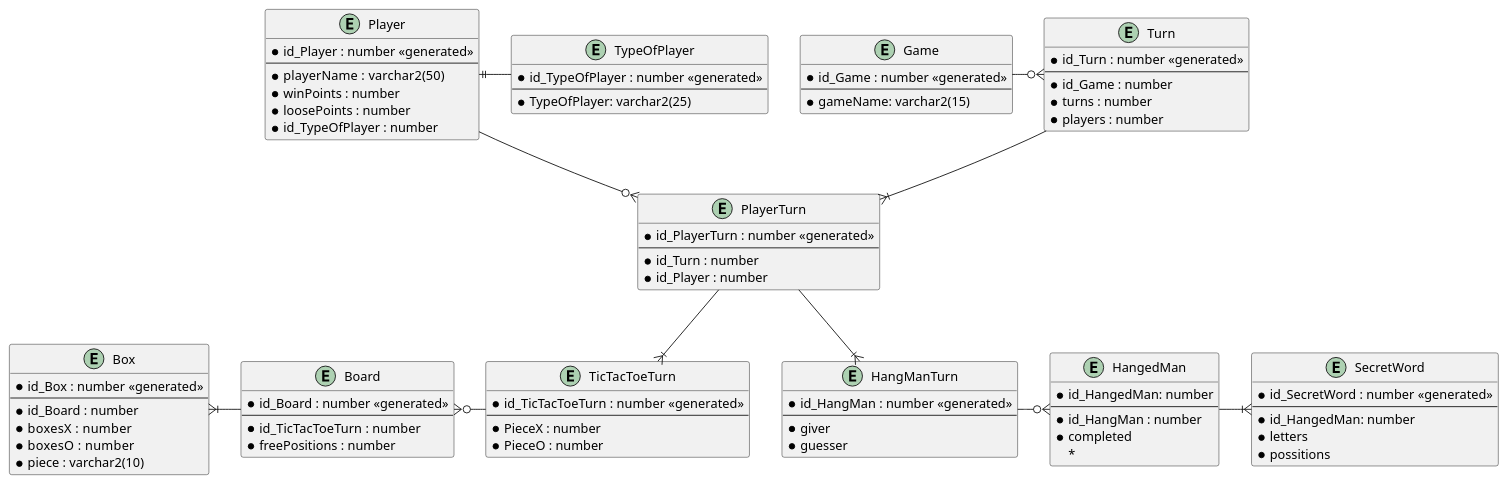
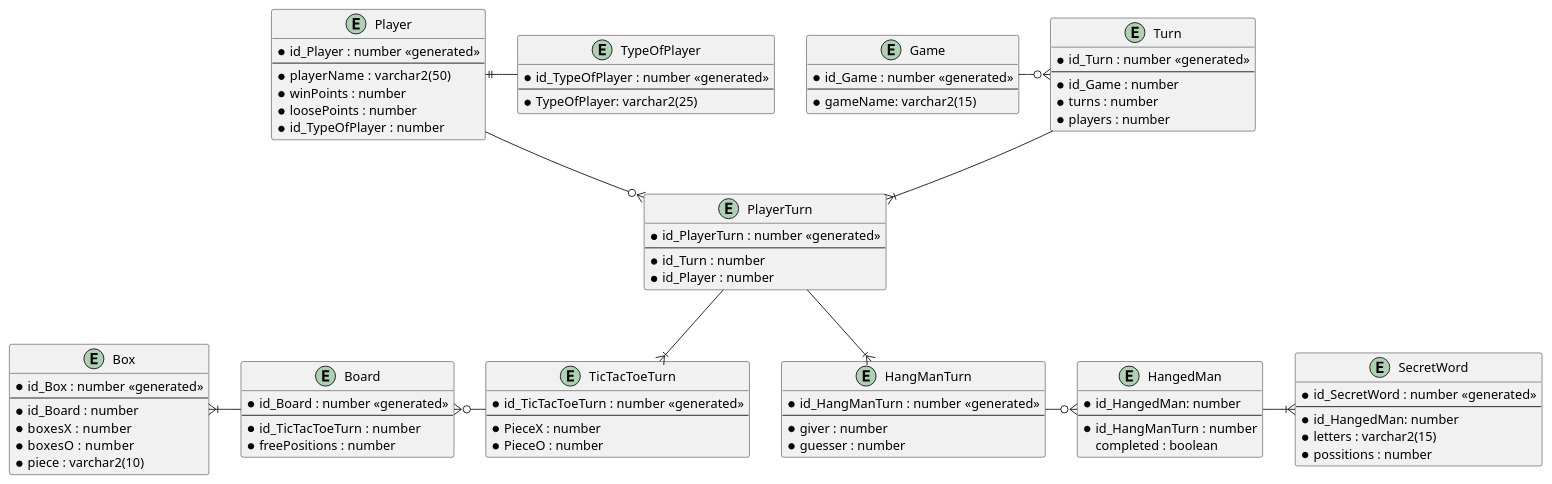
Before and after one commit to Gabs16TL/Second_Project_Peristence: the diagram in DataModel/LogicModel.wsd, drawn with PlantUML. The commit also changed 3 other files, not shown here.

```diff
--- a/DataModel/LogicModel.wsd
+++ b/DataModel/LogicModel.wsd
@@ -1,103 +1,102 @@
 @startuml VocabularyLogicModelMain
 
 entity Game
 {
     * id_Game : number <<generated>>
     --
     * gameName: varchar2(15)
 }
 entity Turn
 {
     * id_Turn : number <<generated>>
     --
     * id_Game : number
     * turns : number
     * players : number
 }
 entity PlayerTurn
 {
     * id_PlayerTurn : number <<generated>>
     --
     * id_Turn : number
     * id_Player : number
 }
 
 entity Player
 {
     * id_Player : number <<generated>>
     --
     * playerName :  varchar2(50)
     * winPoints : number
     * loosePoints : number
     * id_TypeOfPlayer : number
 }
 
 entity TypeOfPlayer
 {
     * id_TypeOfPlayer : number <<generated>>
     --
     * TypeOfPlayer: varchar2(25)
 }
 
 TypeOfPlayer -left-|| Player
 Player --o{ PlayerTurn
 Game -right-o{ Turn
     
 Turn --|{ PlayerTurn
 
 /' Tic Tac Toe'/ 
 entity TicTacToeTurn {
     * id_TicTacToeTurn : number <<generated>>
     --
     * PieceX : number
     * PieceO : number
 }
 entity Board {
     * id_Board : number <<generated>>
     --
     * id_TicTacToeTurn : number
     * freePositions : number
 }
 entity Box{
     * id_Box : number <<generated>>
     --
     * id_Board : number 
     * boxesX :  number
     * boxesO :  number
     * piece : varchar2(10)
 }
 
 /' HangMan'/
 entity HangManTurn
 {
-    * id_HangMan : number <<generated>>
+    * id_HangManTurn : number <<generated>>
     --
-    * giver 
-    * guesser
+    * giver : number
+    * guesser : number
 }
 entity HangedMan
 {
     * id_HangedMan: number
     --
-    * id_HangMan : number
-    * completed
-    * 
+    * id_HangManTurn : number
+     completed : boolean
 }
 entity SecretWord
 {
     * id_SecretWord : number <<generated>>
     --
     * id_HangedMan: number
-    * letters
-    * possitions
+    * letters : varchar2(15)
+    * possitions : number
 }
 
 PlayerTurn --|{ TicTacToeTurn
 PlayerTurn --|{ HangManTurn
 
 TicTacToeTurn -left-o{ Board
 Board -left-|{ Box
 
 HangManTurn -right-o{  HangedMan
 HangedMan -right-|{ SecretWord
 @enduml
```
